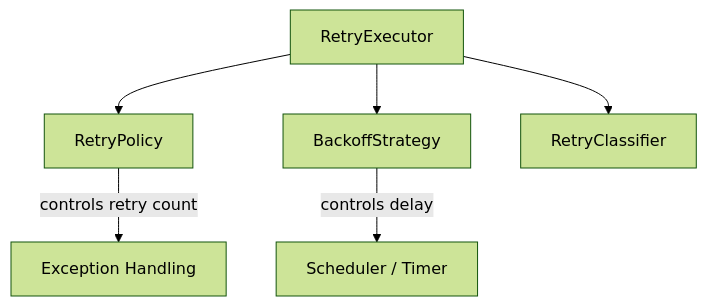
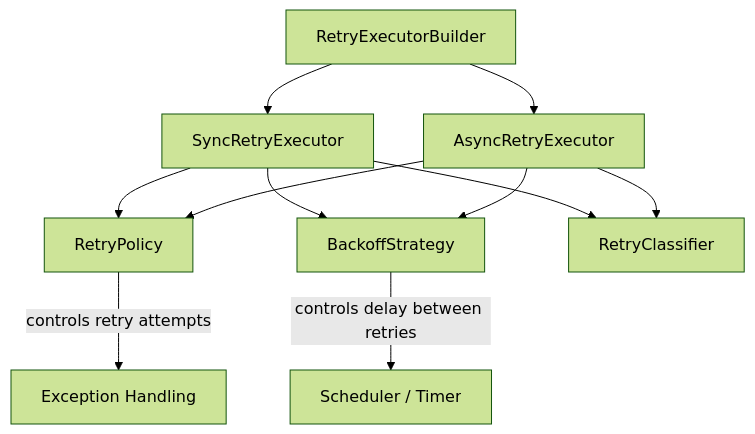
One commit to cf06yash/retrylib changed the diagram in README.md. Above: the diagram before and after it, drawn with Mermaid (forest theme). The commit also changed other lines of this file, not shown here.

````diff
--- a/README.md
+++ b/README.md
@@ -96,8 +197,13 @@
 ```mermaid
 graph TD
-    A[RetryExecutor] --> B[RetryPolicy]
-    A --> C[BackoffStrategy]
-    A --> D[RetryClassifier]
-    B -->|controls retry count| E[Exception Handling]
-    C -->|controls delay| F[Scheduler / Timer]
+    A[RetryExecutorBuilder] --> B[SyncRetryExecutor]
+    A --> C[AsyncRetryExecutor]
+    B --> D[RetryPolicy]
+    B --> E[BackoffStrategy]
+    B --> F[RetryClassifier]
+    C --> D
+    C --> E
+    C --> F
+    D -->|controls retry attempts| G[Exception Handling]
+    E -->|controls delay between retries| H[Scheduler / Timer]
 ```
````
